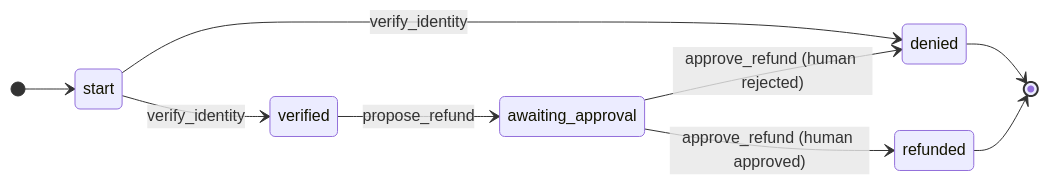
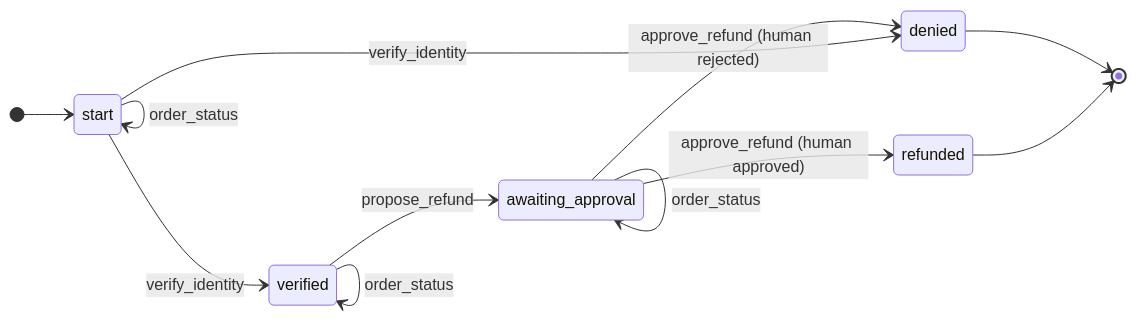
Before and after one commit to miladsikaroudi/concordat: the diagram in README.md, drawn with Mermaid. The commit also changed other lines of this file and 5 other files, not shown here.

````diff
--- a/README.md
+++ b/README.md
@@ -70,17 +74,20 @@
 ```mermaid
 stateDiagram-v2
     direction LR
     state "awaiting_approval" as s0
     state "denied" as s1
     state "refunded" as s2
     state "start" as s3
     state "verified" as s4
     [*] --> s3
     s0 --> s1: approve_refund (human rejected)
     s0 --> s2: approve_refund (human approved)
+    s0 --> s0: order_status
+    s3 --> s3: order_status
     s3 --> s1: verify_identity
     s3 --> s4: verify_identity
+    s4 --> s4: order_status
     s4 --> s0: propose_refund
     s1 --> [*]
     s2 --> [*]
 ```
````
